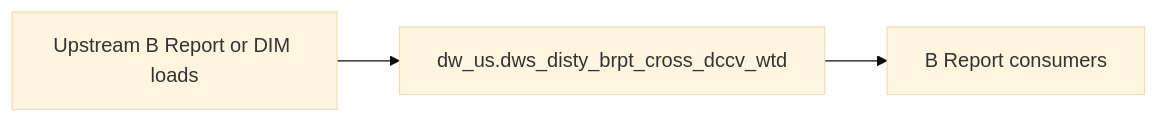
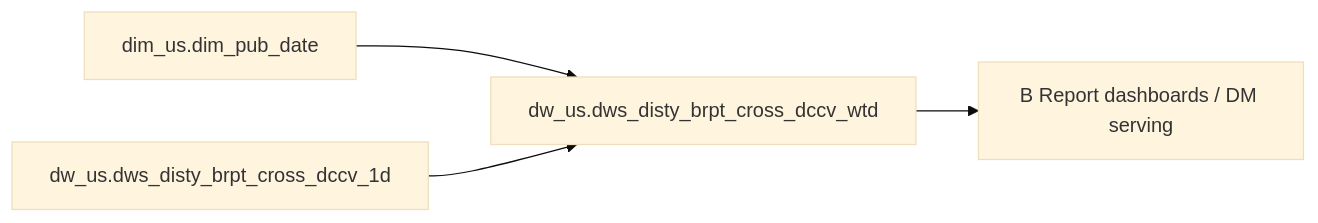
One commit to chengduhaha/data_agent changed the diagram in backend/defaults/b_report/workspace/target/knowledgebase/b-report-us/dws_disty_brpt_cross_dccv_wtd.md. Above: the diagram before and after it, drawn with Mermaid (base theme). The commit also changed other lines of this file and 1108 other files, not shown here.

````diff
--- a/backend/defaults/b_report/workspace/target/knowledgebase/b-report-us/dws_disty_brpt_cross_dccv_wtd.md
+++ b/backend/defaults/b_report/workspace/target/knowledgebase/b-report-us/dws_disty_brpt_cross_dccv_wtd.md
@@ -155,8 +267,10 @@
 ```mermaid
 flowchart LR
-  upstream[Upstream B Report or DIM loads]
-  tgt["dw_us.dws_disty_brpt_cross_dccv_wtd"]
-  brpt[B Report consumers]
-  upstream --> tgt
-  tgt --> brpt
+  dw_us_dws_disty_brpt_cross_dccv_wtd["dw_us.dws_disty_brpt_cross_dccv_wtd"]
+  src0["dim_us.dim_pub_date"]
+  src0 --> dw_us_dws_disty_brpt_cross_dccv_wtd
+  src1["dw_us.dws_disty_brpt_cross_dccv_1d"]
+  src1 --> dw_us_dws_disty_brpt_cross_dccv_wtd
+  consumers["B Report dashboards / DM serving"]
+  dw_us_dws_disty_brpt_cross_dccv_wtd --> consumers
 ```
````
